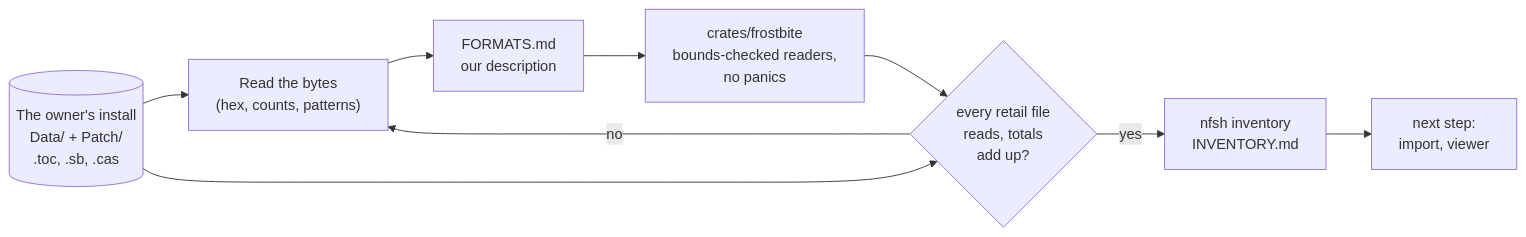
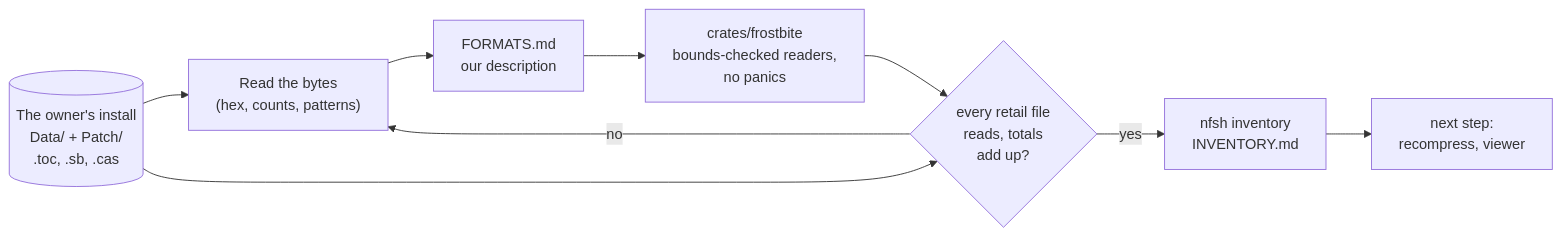
One commit to cmprssd/nfsh changed the first of 4 diagrams in docs/OVERVIEW.md. Above: the diagram before and after it, drawn with Mermaid. The commit also changed other lines of this file and 14 other files, not shown here.

````diff
--- a/docs/OVERVIEW.md
+++ b/docs/OVERVIEW.md
@@ -35,14 +35,14 @@
 ```mermaid
 flowchart LR
     data[("The owner's install<br/>Data/ + Patch/<br/>.toc, .sb, .cas")]
     look["Read the bytes<br/>(hex, counts, patterns)"]
     fmt["FORMATS.md<br/>our description"]
     rd["crates/frostbite<br/>bounds-checked readers,<br/>no panics"]
     test{"every retail file<br/>reads, totals<br/>add up?"}
     inv["nfsh inventory<br/>INVENTORY.md"]
-    next["next step:<br/>import, viewer"]
+    next["next step:<br/>recompress, viewer"]
     data --> look --> fmt --> rd --> test
     data --> test
     test -- no --> look
     test -- yes --> inv --> next
 ```
````
